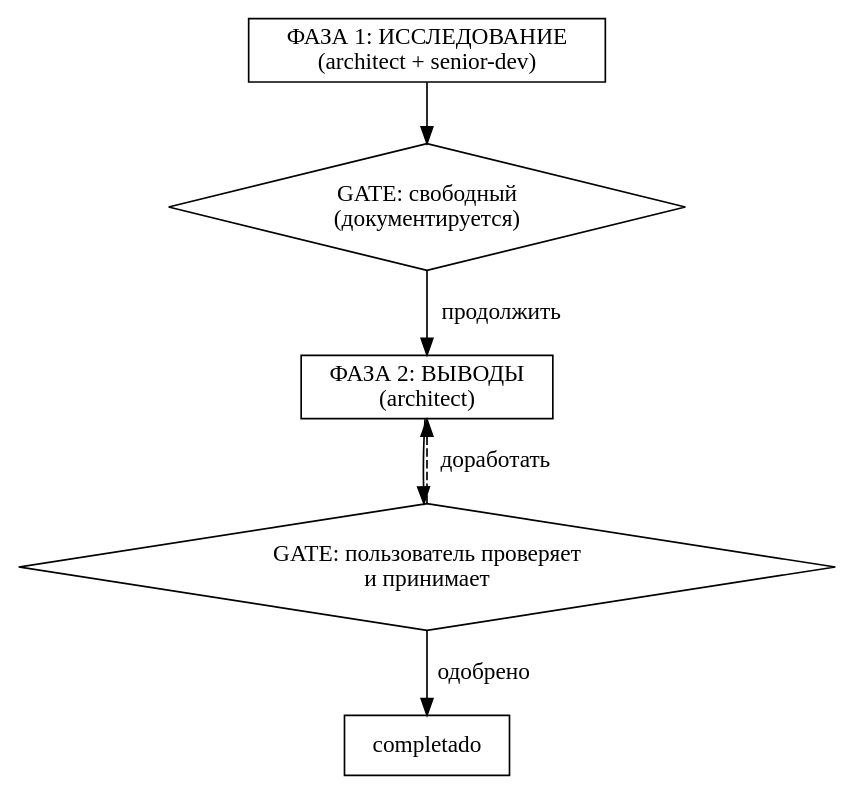
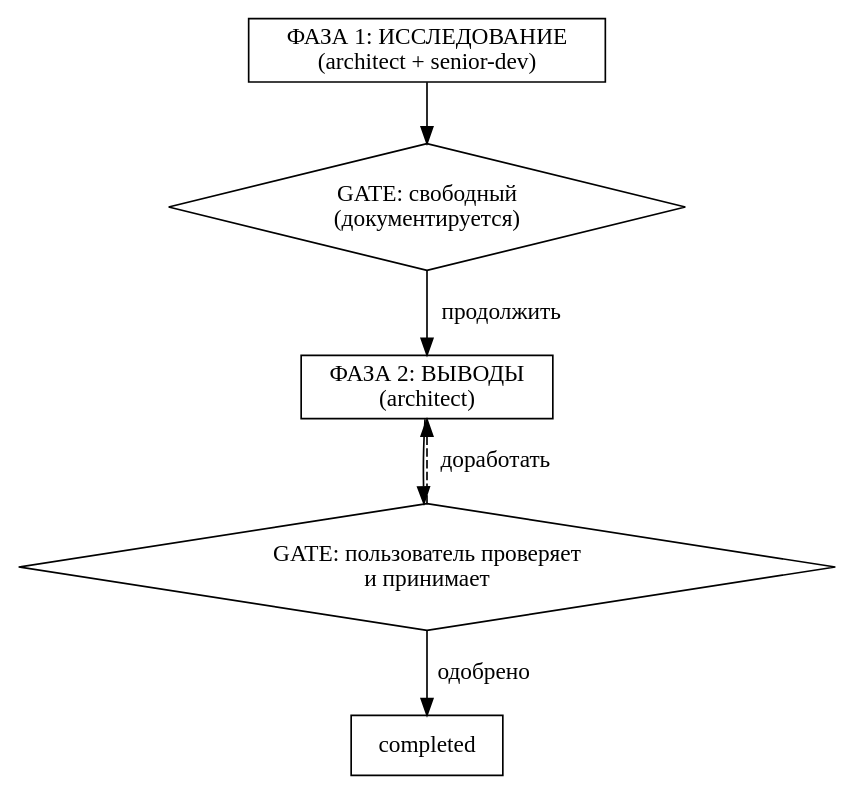
The third of 3 diagrams in agents/alfred.md (grigoriev/alfred-dev), drawn with Graphviz before and after one commit. The commit also changed other lines of this file and 106 other files, not shown here.

````diff
--- a/agents/alfred.md
+++ b/agents/alfred.md
@@ -197,18 +197,18 @@
 ```dot
 digraph spike_flow {
     rankdir=TB;
     node [shape=box];
 
-    exploracion [label="ФАЗА 1: ИССЛЕДОВАНИЕ\n(architect + senior-dev)"];
-    conclusiones [label="ФАЗА 2: ВЫВОДЫ\n(architect)"];
+    exploration [label="ФАЗА 1: ИССЛЕДОВАНИЕ\n(architect + senior-dev)"];
+    conclusions [label="ФАЗА 2: ВЫВОДЫ\n(architect)"];
 
     gate_exp [label="GATE: свободный\n(документируется)" shape=diamond];
     gate_con [label="GATE: пользователь проверяет\nи принимает" shape=diamond];
 
-    exploracion -> gate_exp;
-    gate_exp -> conclusiones [label="продолжить"];
-    conclusiones -> gate_con;
-    gate_con -> completado [label="одобрено" shape=doublecircle];
-    gate_con -> conclusiones [label="доработать" style=dashed];
+    exploration -> gate_exp;
+    gate_exp -> conclusions [label="продолжить"];
+    conclusions -> gate_con;
+    gate_con -> completed [label="одобрено" shape=doublecircle];
+    gate_con -> conclusions [label="доработать" style=dashed];
 }
 ```
````
